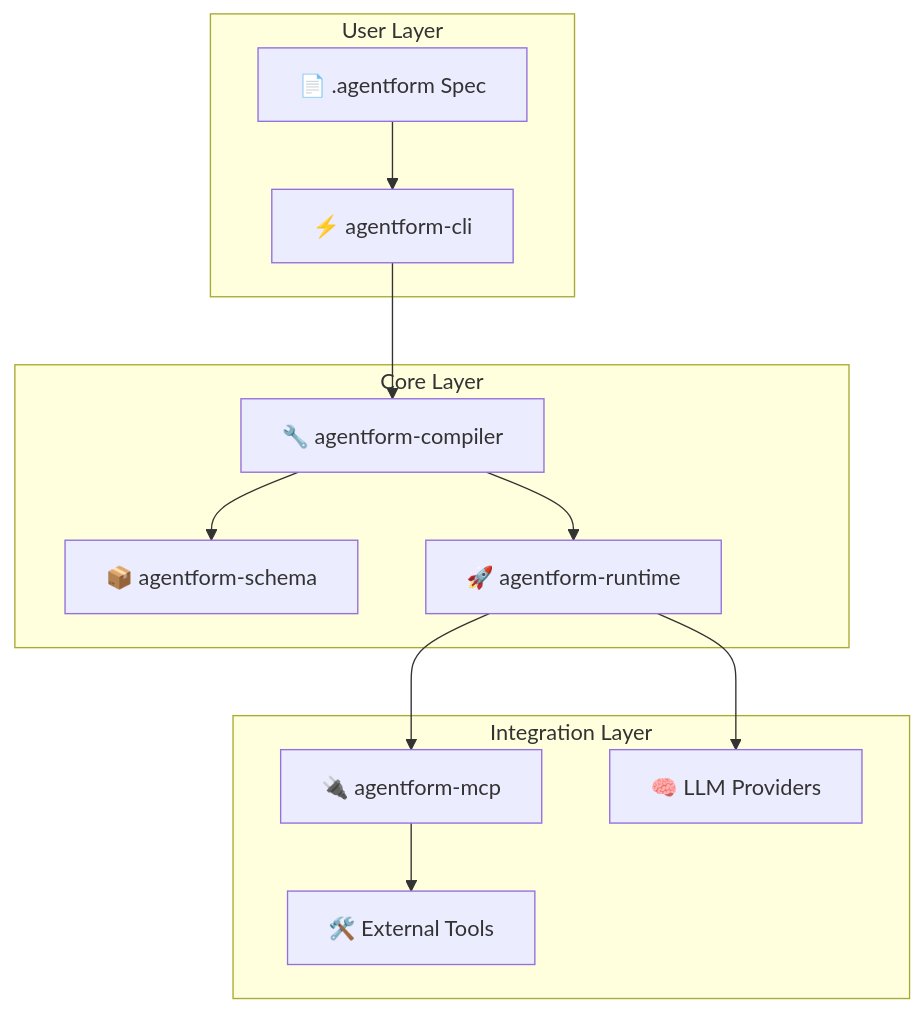
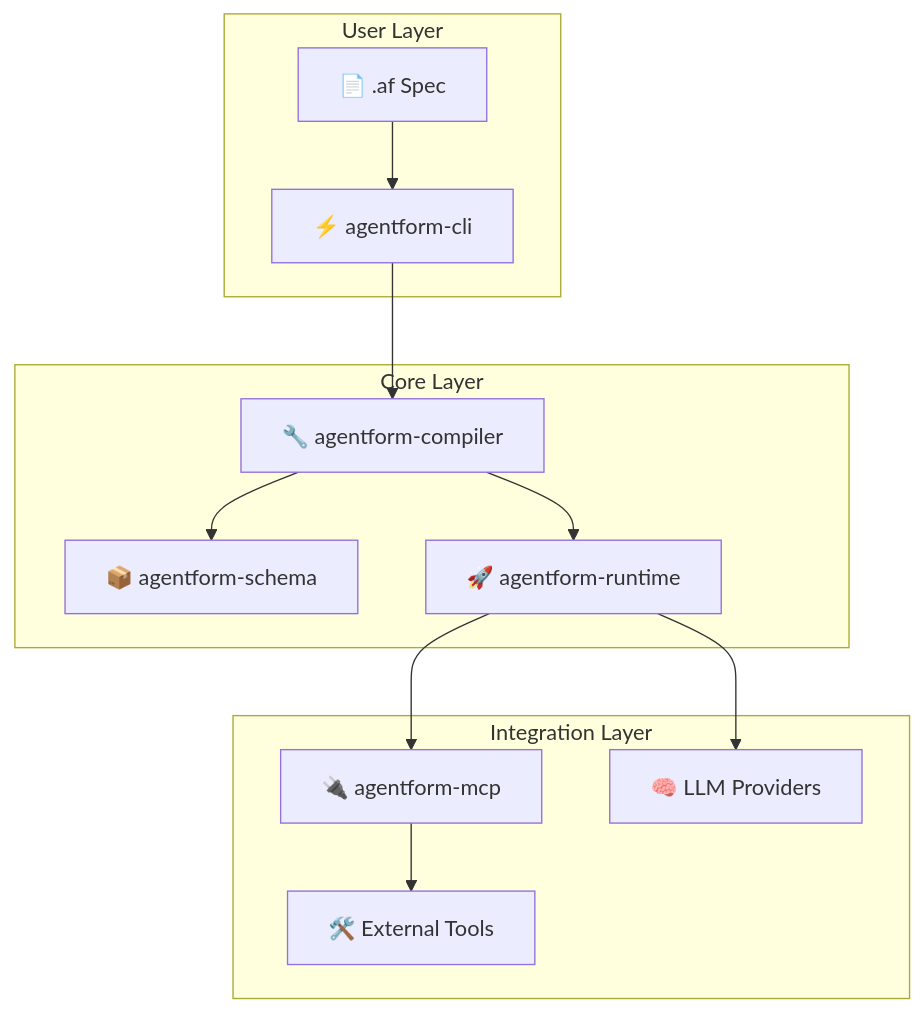
One commit to Akshat-240/agentform changed the diagram in README.md. Above: the diagram before and after it, drawn with Mermaid. The commit also changed other lines of this file and 10221 other files, not shown here.

````diff
--- a/README.md
+++ b/README.md
@@ -188,27 +188,27 @@
 ```mermaid
 flowchart TB
     subgraph User["User Layer"]
-        Agentform["📄 .agentform Spec"]
+        Agentform["📄 .af Spec"]
         CLI["⚡ agentform-cli"]
         Agentform --> CLI
     end
 
     subgraph Core["Core Layer"]
         SCHEMA["📦 agentform-schema"]
         COMPILER["🔧 agentform-compiler"]
         RUNTIME["🚀 agentform-runtime"]
         COMPILER --> SCHEMA
         COMPILER --> RUNTIME
     end
 
     subgraph Integration["Integration Layer"]
         MCP["🔌 agentform-mcp"]
         LLM["🧠 LLM Providers"]
         TOOLS["🛠️ External Tools"]
     end
 
     CLI --> COMPILER
     RUNTIME --> MCP
     RUNTIME --> LLM
     MCP --> TOOLS
 ```
````
